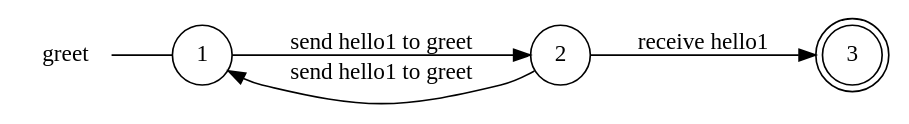
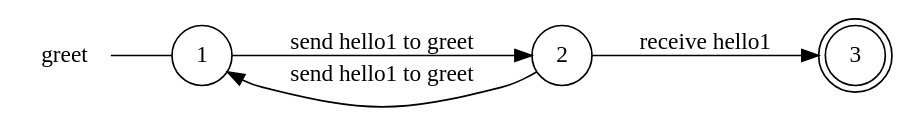
One commit to gabrielegenovese/chorer changed the diagram in examples/hello/greet_local_view.dot. Above: the diagram before and after it, drawn with Graphviz. The commit also changed 10 other files, not shown here.

```diff
--- a/examples/hello/greet_local_view.dot
+++ b/examples/hello/greet_local_view.dot
@@ -1,12 +1,12 @@
 digraph greet {
 	rankdir="LR";
 	n_0 [label="greet", shape="plaintext"];
 	n_1 [id="1", shape=circle, label="1"];
 	n_0 -> n_1 [arrowhead=none];
 	n_2 [id="2", shape=doublecircle, label="3"];
 	n_3 [id="3", shape=circle, label="2"];
 
+	n_1 -> n_3 [id="[$e|3]", label="send hello1 to greet"];
+	n_3 -> n_2 [id="[$e|1]", label="receive hello1"];
 	n_3 -> n_1 [id="[$e|4]", label="send hello1 to greet"];
-	n_3 -> n_2 [id="[$e|2]", label="receive hello1"];
-	n_1 -> n_3 [id="[$e|3]", label="send hello1 to greet"];
 }
```
